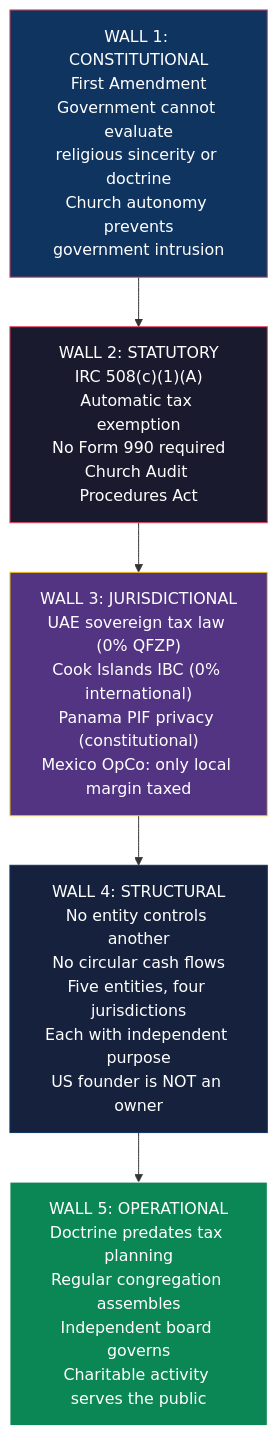
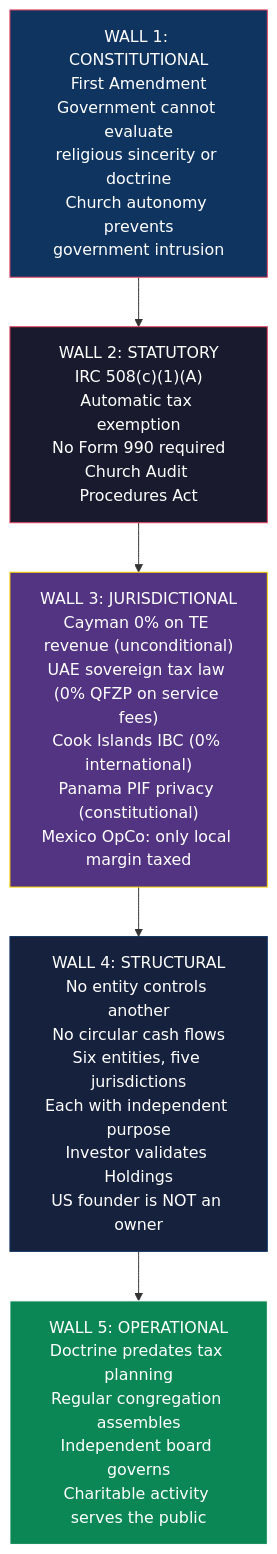
Before and after one commit to Light-Brands/epic-center: the diagram in docs/tax-structure/02-LEGAL-DEFENSE.md, drawn with Mermaid. The commit also changed other lines of this file and 8 other files, not shown here.

First line of the commit message:
Integrate TE Wellness Holdings (Cayman) as investable vehicle into tax structure

````diff
--- a/docs/tax-structure/02-LEGAL-DEFENSE.md
+++ b/docs/tax-structure/02-LEGAL-DEFENSE.md
@@ -18,20 +18,20 @@
 ```mermaid
 graph TB
     W1["WALL 1: CONSTITUTIONAL<br/>First Amendment<br/>Government cannot evaluate<br/>religious sincerity or doctrine<br/>Church autonomy prevents<br/>government intrusion"]
 
     W2["WALL 2: STATUTORY<br/>IRC 508(c)(1)(A)<br/>Automatic tax exemption<br/>No Form 990 required<br/>Church Audit Procedures Act"]
 
-    W3["WALL 3: JURISDICTIONAL<br/>UAE sovereign tax law (0% QFZP)<br/>Cook Islands IBC (0% international)<br/>Panama PIF privacy (constitutional)<br/>Mexico OpCo: only local margin taxed"]
+    W3["WALL 3: JURISDICTIONAL<br/>Cayman 0% on TE revenue (unconditional)<br/>UAE sovereign tax law (0% QFZP on service fees)<br/>Cook Islands IBC (0% international)<br/>Panama PIF privacy (constitutional)<br/>Mexico OpCo: only local margin taxed"]
 
-    W4["WALL 4: STRUCTURAL<br/>No entity controls another<br/>No circular cash flows<br/>Five entities, four jurisdictions<br/>Each with independent purpose<br/>US founder is NOT an owner"]
+    W4["WALL 4: STRUCTURAL<br/>No entity controls another<br/>No circular cash flows<br/>Six entities, five jurisdictions<br/>Each with independent purpose<br/>Investor validates Holdings<br/>US founder is NOT an owner"]
 
     W5["WALL 5: OPERATIONAL<br/>Doctrine predates tax planning<br/>Regular congregation assembles<br/>Independent board governs<br/>Charitable activity serves the public"]
 
     W1 --> W2 --> W3 --> W4 --> W5
 
     style W1 fill:#0f3460,stroke:#e94560,color:#fff
     style W2 fill:#1a1a2e,stroke:#e94560,color:#fff
     style W3 fill:#533483,stroke:#ffd700,color:#fff
     style W4 fill:#16213e,stroke:#0f3460,color:#fff
     style W5 fill:#0a8754,stroke:#fff,color:#fff
 ```
````
